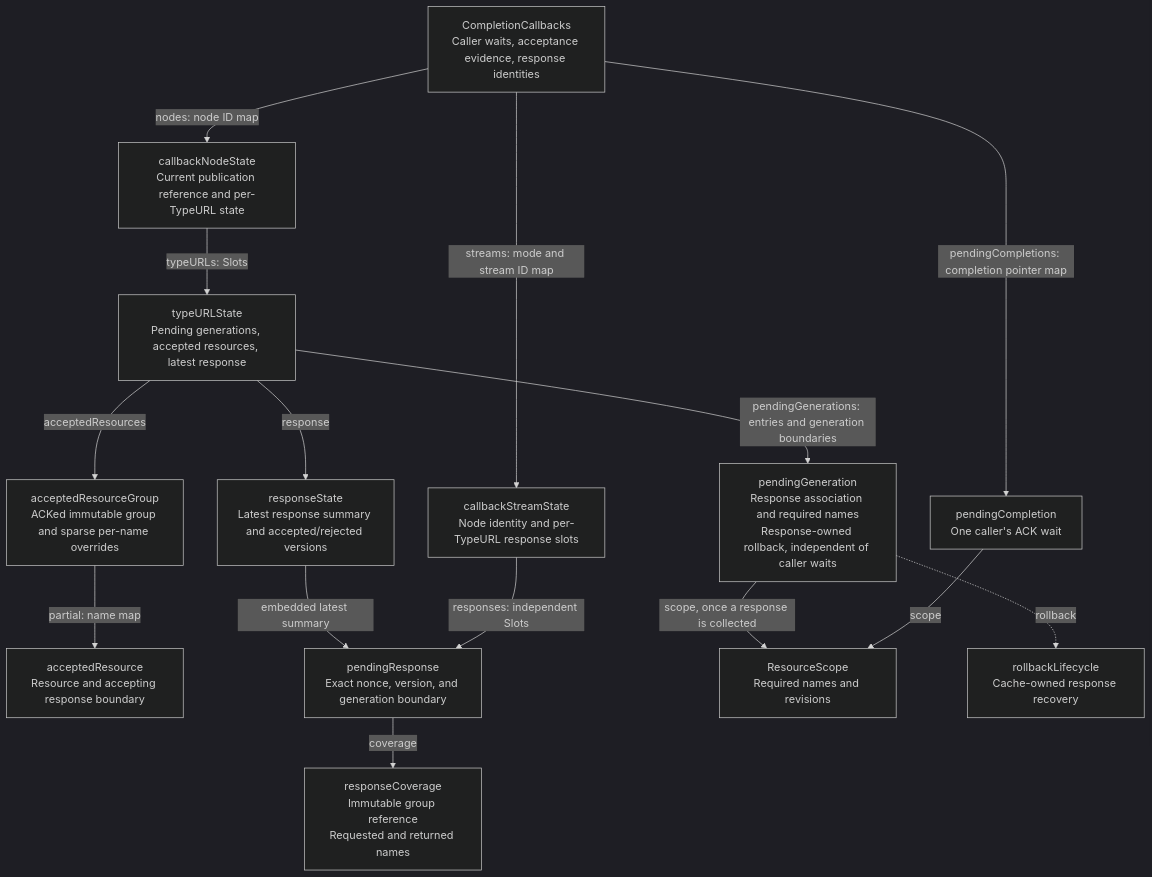
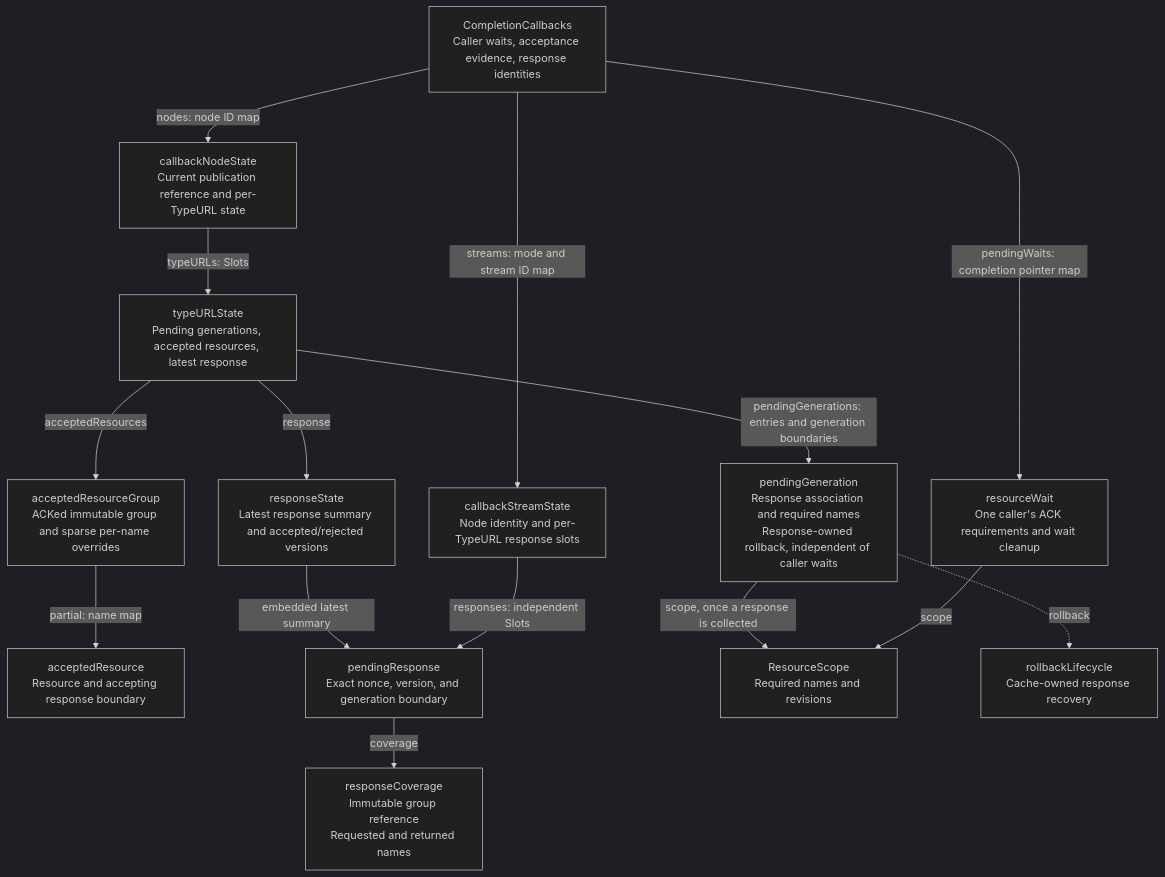
One commit to cilium/cilium changed the third of 4 diagrams in pkg/envoy/xdsnew/design.md. Above: the diagram before and after it, drawn with Mermaid (dark theme). The commit also changed other lines of this file and 24 other files, not shown here.

First line of the commit message:
envoy: remove unused listener and ADS cache completion callbacks

````diff
--- a/pkg/envoy/xdsnew/design.md
+++ b/pkg/envoy/xdsnew/design.md
@@ -297,31 +301,31 @@
 ```mermaid
 flowchart TD
     callbacks["CompletionCallbacks<br/>Caller waits, acceptance evidence, response identities"]
     node["callbackNodeState<br/>Current publication reference and per-TypeURL state"]
     types["typeURLState<br/>Pending generations, accepted resources, latest response"]
     accepted["acceptedResourceGroup<br/>ACKed immutable group and sparse per-name overrides"]
     override["acceptedResource<br/>Resource and accepting response boundary"]
     latest["responseState<br/>Latest response summary and accepted/rejected versions"]
     generation["pendingGeneration<br/>Response association and required names<br/>Response-owned rollback, independent of caller waits"]
     stream["callbackStreamState<br/>Node identity and per-TypeURL response slots"]
     response["pendingResponse<br/>Exact nonce, version, and generation boundary"]
     coverage["responseCoverage<br/>Immutable group reference<br/>Requested and returned names"]
-    wait["pendingCompletion<br/>One caller's ACK wait"]
+    wait["resourceWait<br/>One caller's ACK requirements and wait cleanup"]
     scope["ResourceScope<br/>Required names and revisions"]
     rollback["rollbackLifecycle<br/>Cache-owned response recovery"]
 
     callbacks -->|nodes: node ID map| node
     node -->|typeURLs: Slots| types
     types -->|acceptedResources| accepted
     accepted -->|partial: name map| override
     types -->|response| latest
     latest -->|embedded latest summary| response
     types -->|pendingGenerations: entries and generation boundaries| generation
     generation -.->|rollback| rollback
     generation -->|scope, once a response is collected| scope
     callbacks -->|streams: mode and stream ID map| stream
     stream -->|responses: independent Slots| response
     response -->|coverage| coverage
-    callbacks -->|pendingCompletions: completion pointer map| wait
+    callbacks -->|pendingWaits: completion pointer map| wait
     wait -->|scope| scope
 ```
````
